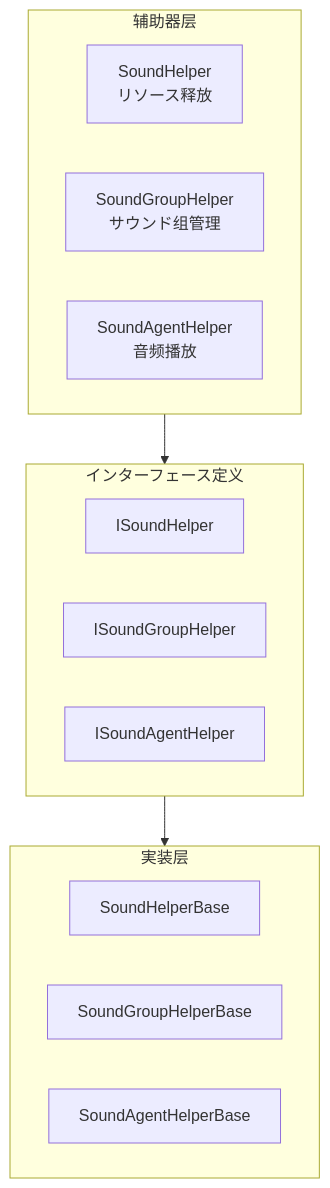
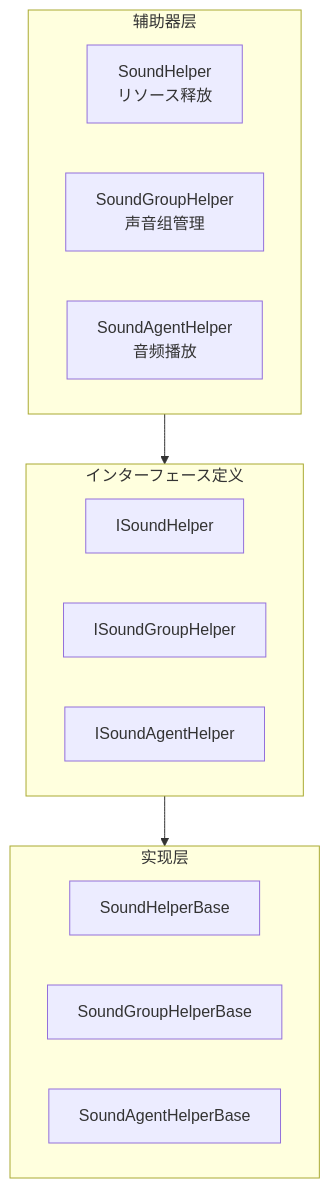
One commit to AlianBlank/GameFrameX.Docs changed the diagram in docs/ja/client/unity/component/sound/11.extending.md. Above: the diagram before and after it, drawn with Mermaid. The commit also changed other lines of this file and 320 other files, not shown here.

````diff
--- a/docs/ja/client/unity/component/sound/11.extending.md
+++ b/docs/ja/client/unity/component/sound/11.extending.md
@@ -18,22 +18,22 @@
 ```mermaid
 flowchart TD
     subgraph Helper["辅助器层"]
         SH[SoundHelper<br/>リソース释放]
-        SGH[SoundGroupHelper<br/>サウンド组管理]
+        SGH[SoundGroupHelper<br/>声音组管理]
         SAH[SoundAgentHelper<br/>音频播放]
     end
     
     subgraph Interface["インターフェース定义"]
         ISH[ISoundHelper]
         ISGH[ISoundGroupHelper]
         ISAHI[ISoundAgentHelper]
     end
     
-    subgraph Implementation["実装层"]
+    subgraph Implementation["实现层"]
         SHB[SoundHelperBase]
         SGHB[SoundGroupHelperBase]
         SAHB[SoundAgentHelperBase]
     end
     
     Helper --> Interface --> Implementation
 ```
````
